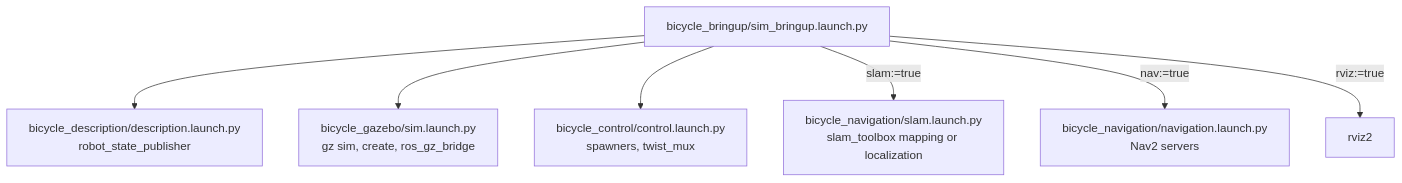
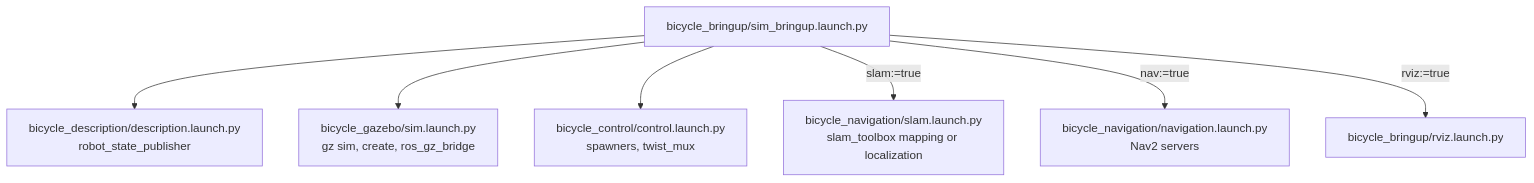
One commit to AlAssi69/self_driving_bicycle changed the second of 6 diagrams in docs/architecture.md. Above: the diagram before and after it, drawn with Mermaid. The commit also changed other lines of this file and 10 other files, not shown here.

````diff
--- a/docs/architecture.md
+++ b/docs/architecture.md
@@ -27,10 +34,10 @@
 ```mermaid
 graph TD
   bringup[bicycle_bringup/sim_bringup.launch.py]
   bringup --> desc[bicycle_description/description.launch.py<br/>robot_state_publisher]
   bringup --> sim[bicycle_gazebo/sim.launch.py<br/>gz sim, create, ros_gz_bridge]
   bringup --> ctl[bicycle_control/control.launch.py<br/>spawners, twist_mux]
   bringup -- slam:=true --> slam[bicycle_navigation/slam.launch.py<br/>slam_toolbox mapping or localization]
   bringup -- nav:=true --> nav[bicycle_navigation/navigation.launch.py<br/>Nav2 servers]
-  bringup -- rviz:=true --> rviz[rviz2]
+  bringup -- rviz:=true --> rviz[bicycle_bringup/rviz.launch.py]
 ```
````
